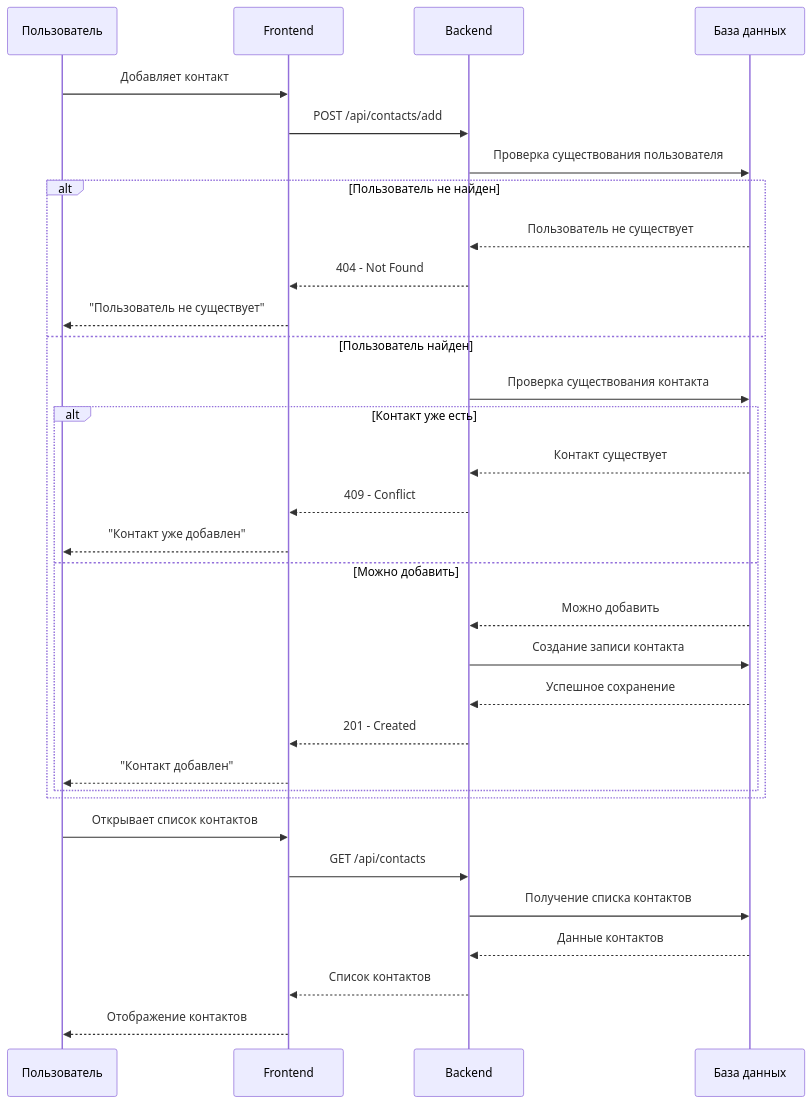
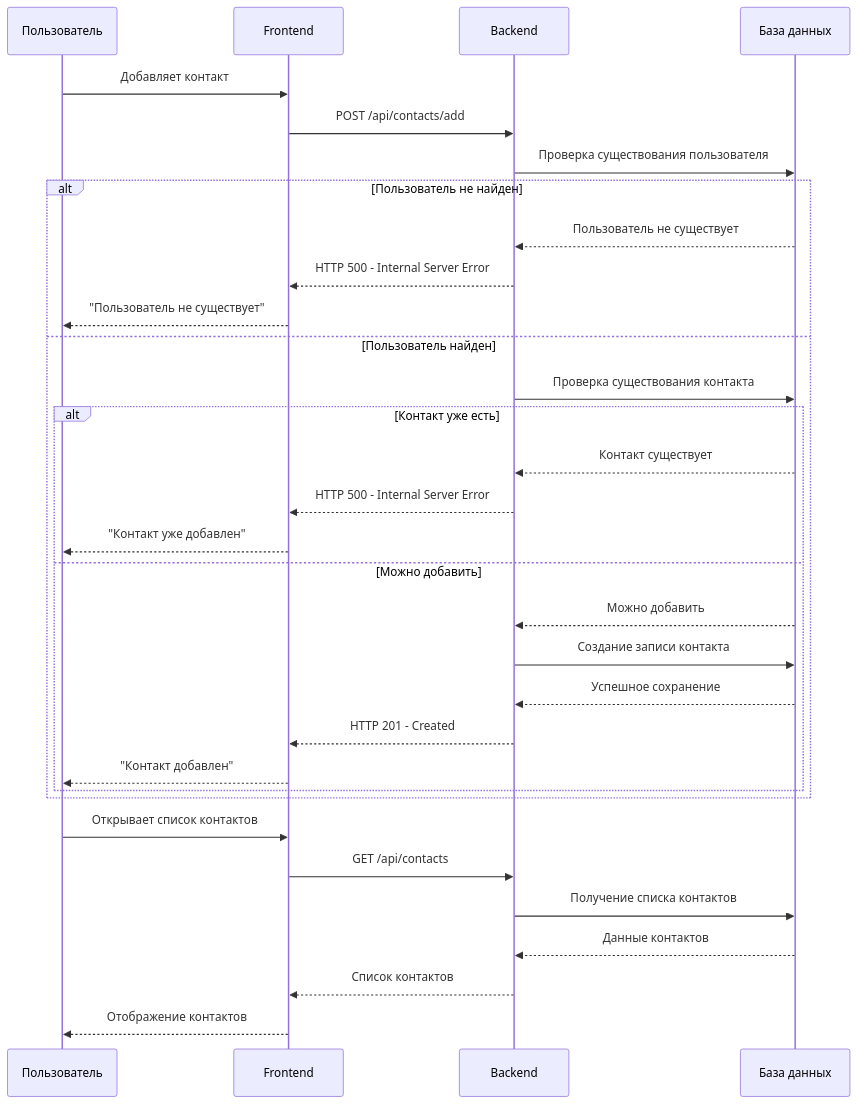
Diagram 11 of 12 in Системный анализ для проекта Insight Room.md (Code-Sculptors/insightroom-documentation), drawn with Mermaid before and after one commit. The commit also changed other lines of this file, not shown here.

Commit message:
#2 fix(системный анализ): some changes in sequense diagrams

````diff
--- a/Системный анализ для проекта Insight Room.md
+++ b/Системный анализ для проекта Insight Room.md
@@ -293,38 +274,38 @@
 ```mermaid
 sequenceDiagram
     participant U as Пользователь
     participant F as Frontend
     participant B as Backend
     participant DB as База данных
 
     %% Добавление контакта
     U->>F: Добавляет контакт
     F->>B: POST /api/contacts/add
     B->>DB: Проверка существования пользователя
     alt Пользователь не найден
         DB-->>B: Пользователь не существует
-        B-->>F: 404 - Not Found
+        B-->>F: HTTP 500 - Internal Server Error
         F-->>U: "Пользователь не существует"
     else Пользователь найден
         B->>DB: Проверка существования контакта
         alt Контакт уже есть
             DB-->>B: Контакт существует
-            B-->>F: 409 - Conflict
+            B-->>F: HTTP 500 - Internal Server Error
             F-->>U: "Контакт уже добавлен"
         else Можно добавить
             DB-->>B: Можно добавить
             B->>DB: Создание записи контакта
             DB-->>B: Успешное сохранение
-            B-->>F: 201 - Created
+            B-->>F: HTTP 201 - Created
             F-->>U: "Контакт добавлен"
         end
     end
 
     %% Просмотр контактов
     U->>F: Открывает список контактов
     F->>B: GET /api/contacts
     B->>DB: Получение списка контактов
     DB-->>B: Данные контактов
     B-->>F: Список контактов
     F-->>U: Отображение контактов
 ```
````
